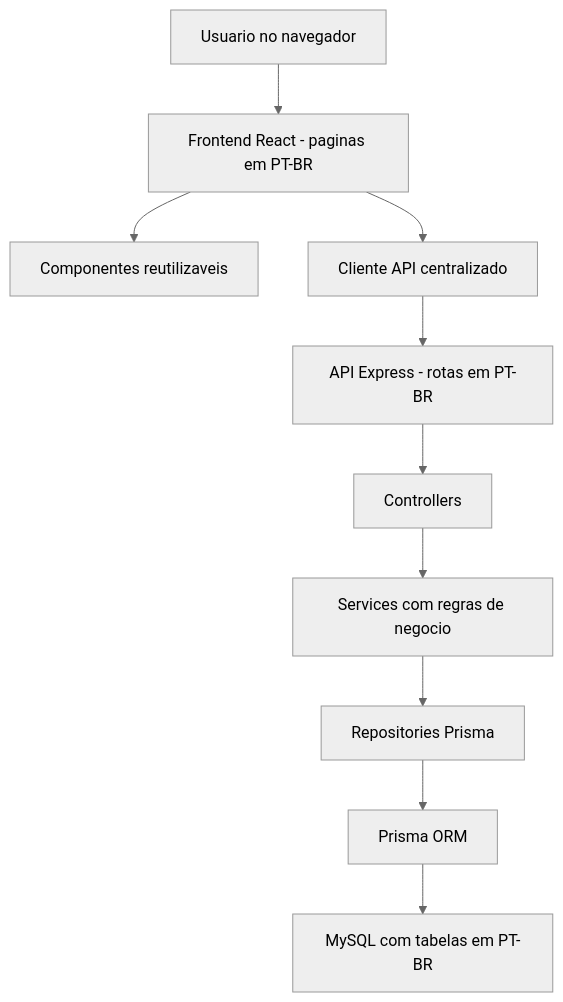
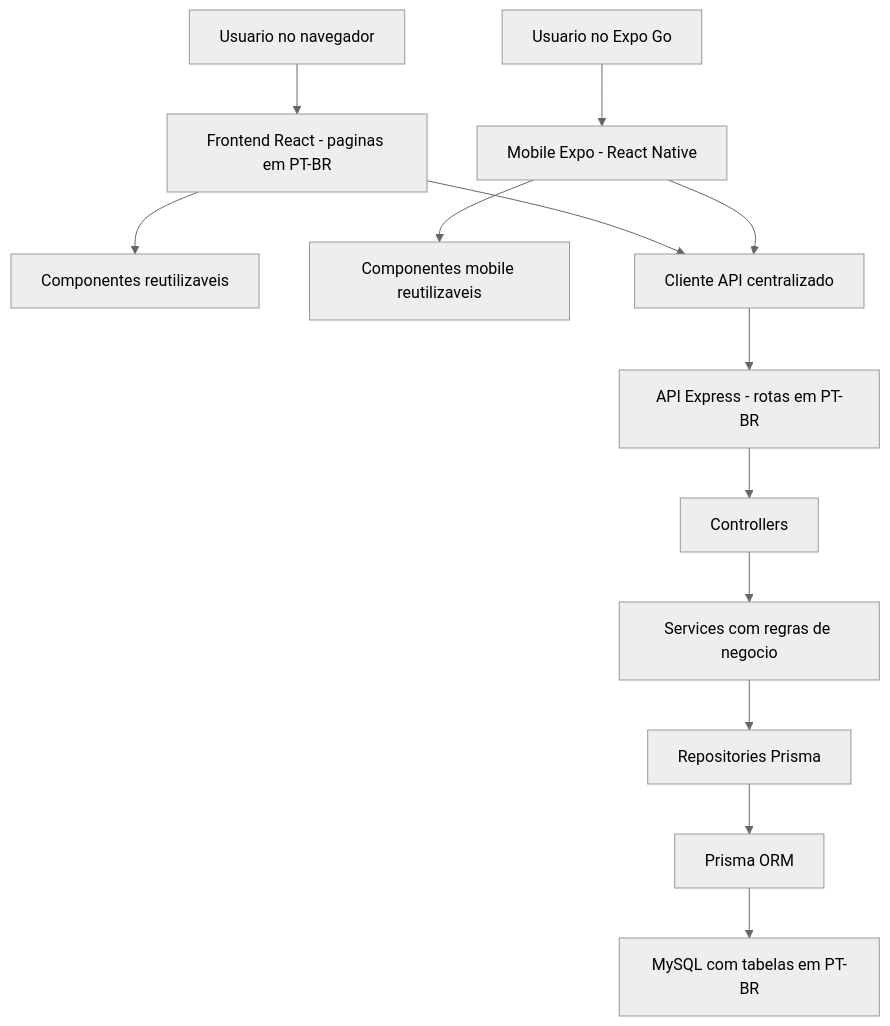
One commit to desbika777/ShapeUp changed the diagram in docs/arquitetura-evidencias.md. Above: the diagram before and after it, drawn with Mermaid (neutral theme). The commit also changed other lines of this file and 41 other files, not shown here.

````diff
--- a/docs/arquitetura-evidencias.md
+++ b/docs/arquitetura-evidencias.md
@@ -9,23 +9,29 @@
 ```mermaid
 flowchart TD
     usuario["Usuario no navegador"]
+    celular["Usuario no Expo Go"]
     telas["Frontend React - paginas em PT-BR"]
+    mobile["Mobile Expo - React Native"]
     componentes["Componentes reutilizaveis"]
+    componentes_mobile["Componentes mobile reutilizaveis"]
     api_client["Cliente API centralizado"]
     rotas["API Express - rotas em PT-BR"]
     controllers["Controllers"]
     services["Services com regras de negocio"]
     repositories["Repositories Prisma"]
     prisma["Prisma ORM"]
     banco["MySQL com tabelas em PT-BR"]
 
     usuario --> telas
+    celular --> mobile
     telas --> componentes
     telas --> api_client
+    mobile --> componentes_mobile
+    mobile --> api_client
     api_client --> rotas
     rotas --> controllers
     controllers --> services
     services --> repositories
     repositories --> prisma
     prisma --> banco
 ```
````
